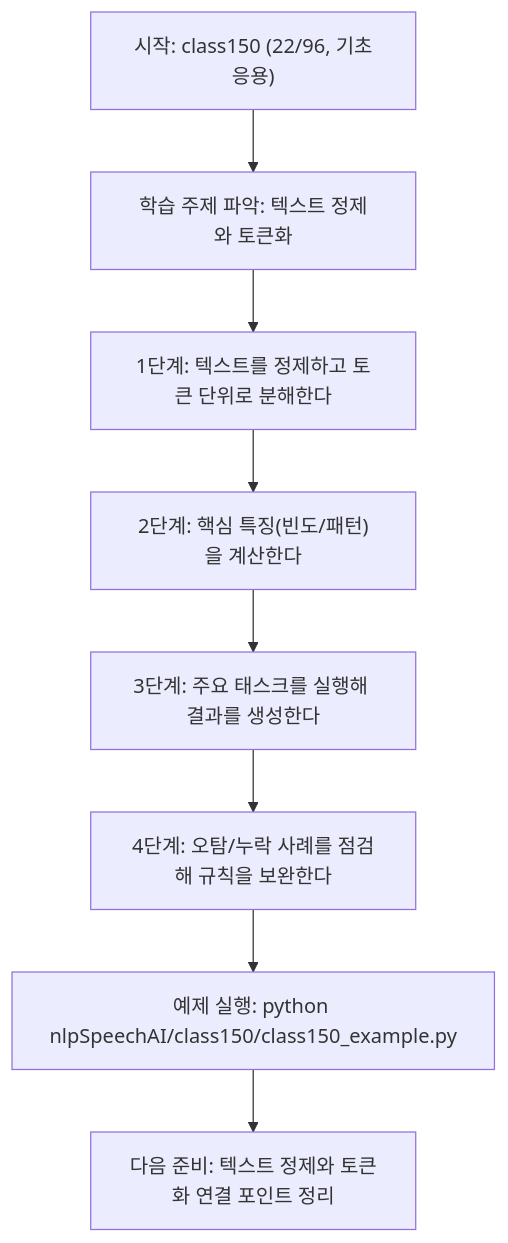
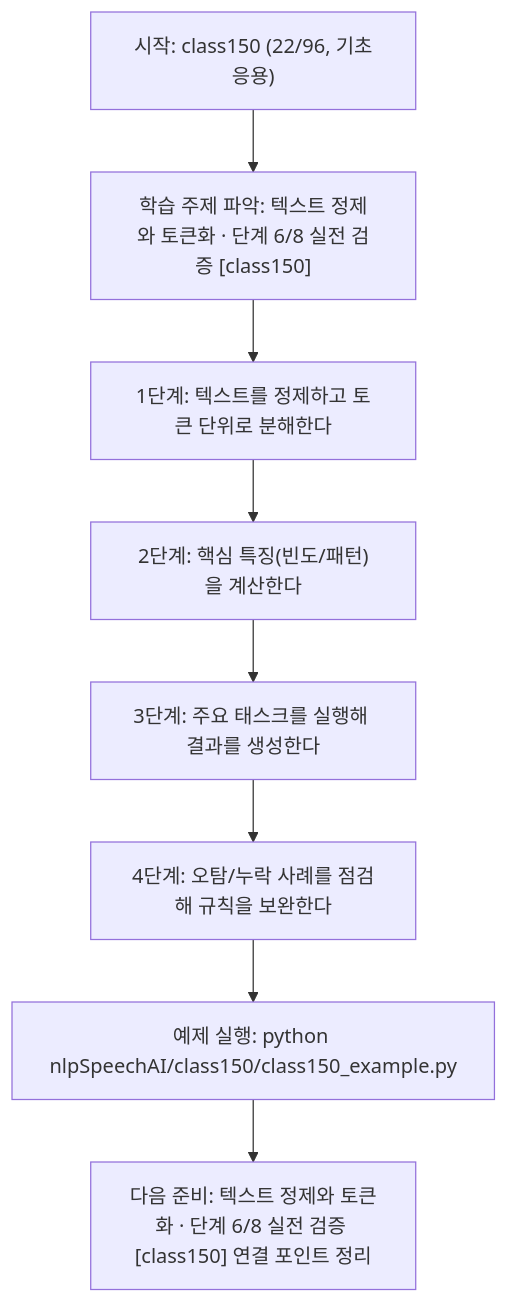
The diagram in nlpSpeechAI/class150/class150.md (edumgt/Python-AI_Agent-Class), drawn with Mermaid before and after one commit. The commit also changed other lines of this file and 522 other files, not shown here.

````diff
--- a/nlpSpeechAI/class150/class150.md
+++ b/nlpSpeechAI/class150/class150.md
@@ -113,18 +114,18 @@
 ```mermaid
 flowchart TD
 N1["시작: class150 (22/96, 기초응용)"]
-N2["학습 주제 파악: 텍스트 정제와 토큰화"]
+N2["학습 주제 파악: 텍스트 정제와 토큰화 · 단계 6/8 실전 검증 [class150]"]
 N3["1단계: 텍스트를 정제하고 토큰 단위로 분해한다"]
 N4["2단계: 핵심 특징(빈도/패턴)을 계산한다"]
 N5["3단계: 주요 태스크를 실행해 결과를 생성한다"]
 N6["4단계: 오탐/누락 사례를 점검해 규칙을 보완한다"]
 N7["예제 실행: python nlpSpeechAI/class150/class150_example.py"]
-N8["다음 준비: 텍스트 정제와 토큰화 연결 포인트 정리"]
+N8["다음 준비: 텍스트 정제와 토큰화 · 단계 6/8 실전 검증 [class150] 연결 포인트 정리"]
 N1 --> N2
 N2 --> N3
 N3 --> N4
 N4 --> N5
 N5 --> N6
 N6 --> N7
 N7 --> N8
 ```
````
